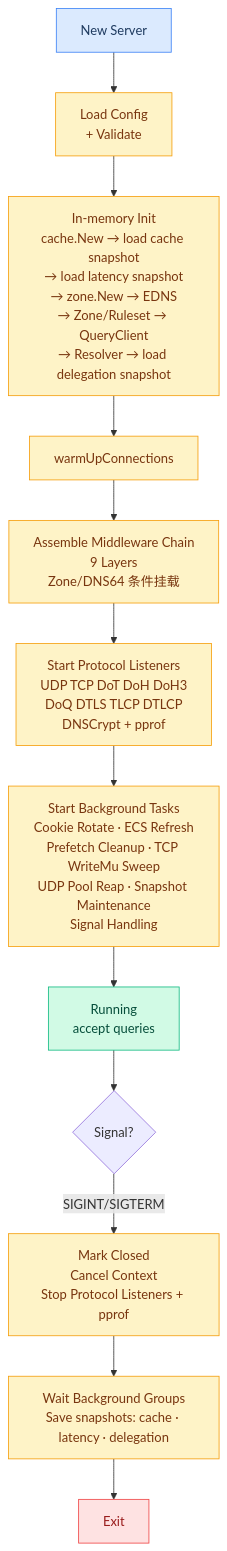
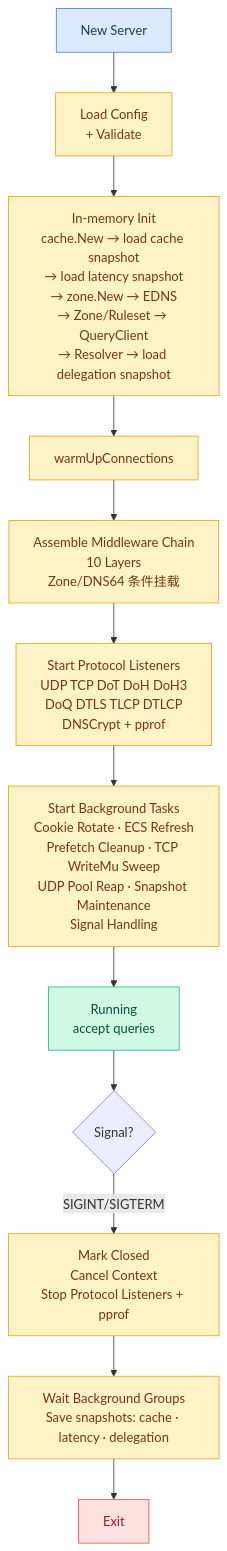
Before and after one commit to hezhijie0327/ZJDNS: the second of 31 diagrams in docs/FLOWCHARTS.md, drawn with Mermaid. The commit also changed other lines of this file and 26 other files, not shown here.

````diff
--- a/docs/FLOWCHARTS.md
+++ b/docs/FLOWCHARTS.md
@@ -53,22 +54,22 @@
 ```mermaid
 graph TD
     START[New Server] --> LOADCONF[Load Config<br/>+ Validate]
     LOADCONF --> INIT[In-memory Init<br/>cache.New → load cache snapshot<br/>→ load latency snapshot<br/>→ zone.New → EDNS<br/>→ Zone/Ruleset → QueryClient<br/>→ Resolver → load delegation snapshot]
     INIT --> WARM[warmUpConnections]
-    WARM --> INITMW[Assemble Middleware Chain<br/>9 Layers<br/>Zone/DNS64 条件挂载]
+    WARM --> INITMW[Assemble Middleware Chain<br/>10 Layers<br/>Zone/DNS64 条件挂载]
     INITMW --> STARTPROTO[Start Protocol Listeners<br/>UDP TCP DoT DoH DoH3<br/>DoQ DTLS TLCP DTLCP<br/>DNSCrypt + pprof]
     STARTPROTO --> BG[Start Background Tasks<br/>Cookie Rotate · ECS Refresh<br/>Prefetch Cleanup · TCP WriteMu Sweep<br/>UDP Pool Reap · Snapshot Maintenance<br/>Signal Handling]
     BG --> RUNNING[Running<br/>accept queries]
     RUNNING --> SIG{Signal?}
     SIG -->|SIGINT/SIGTERM| SHUTDOWN[Mark Closed<br/>Cancel Context<br/>Stop Protocol Listeners + pprof]
     SHUTDOWN --> WAITBG[Wait Background Groups<br/>Save snapshots: cache · latency · delegation]
     WAITBG --> EXIT[Exit]
     classDef start fill:#dbeafe,stroke:#3b82f6,color:#1e3a5f
     classDef proc fill:#fef3c7,stroke:#f59e0b,color:#78350f
     classDef running fill:#d1fae5,stroke:#10b981,color:#064e3b
     classDef exit fill:#fee2e2,stroke:#ef4444,color:#991b1b
     class START start
     class LOADCONF,INIT,WARM,INITMW,STARTPROTO,BG,SHUTDOWN,WAITBG proc
     class RUNNING running
     class EXIT exit
 ```
````
